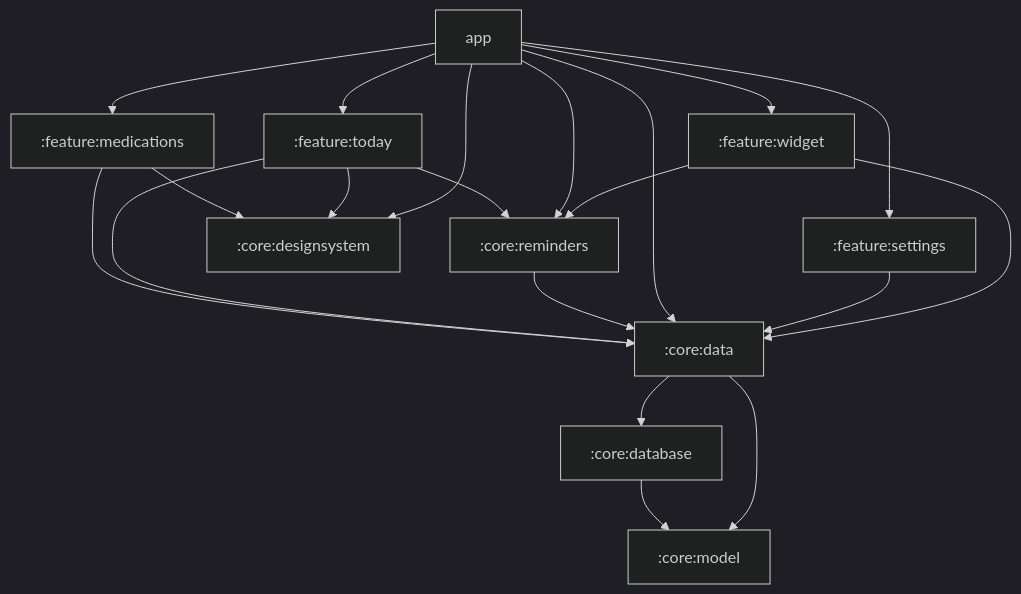
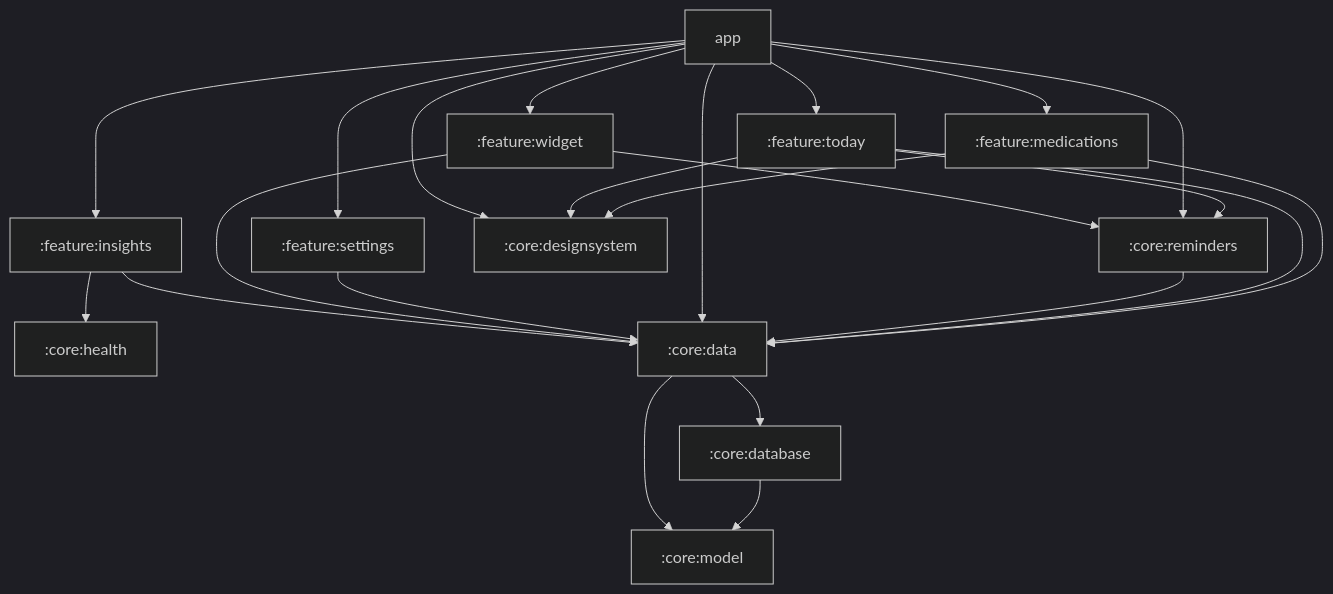
Before and after one commit to Sravanthipanga/kairo-android: the diagram in README.md, drawn with Mermaid (dark theme). The commit also changed other lines of this file and 22 other files, not shown here.

First line of the commit message:
Add Insights with Health Connect steps and sleep

````diff
--- a/README.md
+++ b/README.md
@@ -59,22 +60,25 @@
 ```mermaid
 graph TD
     app --> feature_today[":feature:today"]
     app --> feature_medications[":feature:medications"]
     app --> feature_settings[":feature:settings"]
     app --> feature_widget[":feature:widget"]
+    app --> feature_insights[":feature:insights"]
+    feature_insights --> core_health[":core:health"]
+    feature_insights --> core_data
     feature_widget --> core_reminders
     feature_widget --> core_data
     feature_settings --> core_data
     app --> core_designsystem[":core:designsystem"]
     app --> core_data[":core:data"]
     app --> core_reminders[":core:reminders"]
     feature_today --> core_reminders
     core_reminders --> core_data
     feature_today --> core_data
     feature_today --> core_designsystem
     feature_medications --> core_data
     feature_medications --> core_designsystem
     core_data --> core_database[":core:database"]
     core_data --> core_model[":core:model"]
     core_database --> core_model
 ```
````
